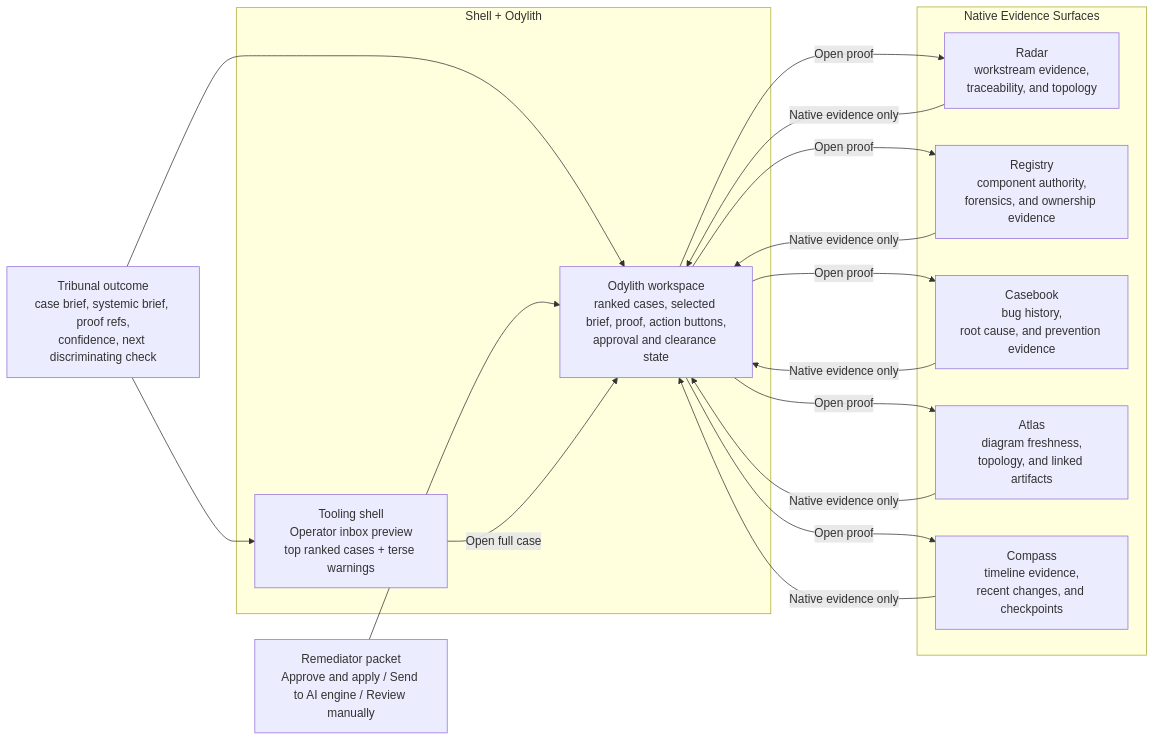
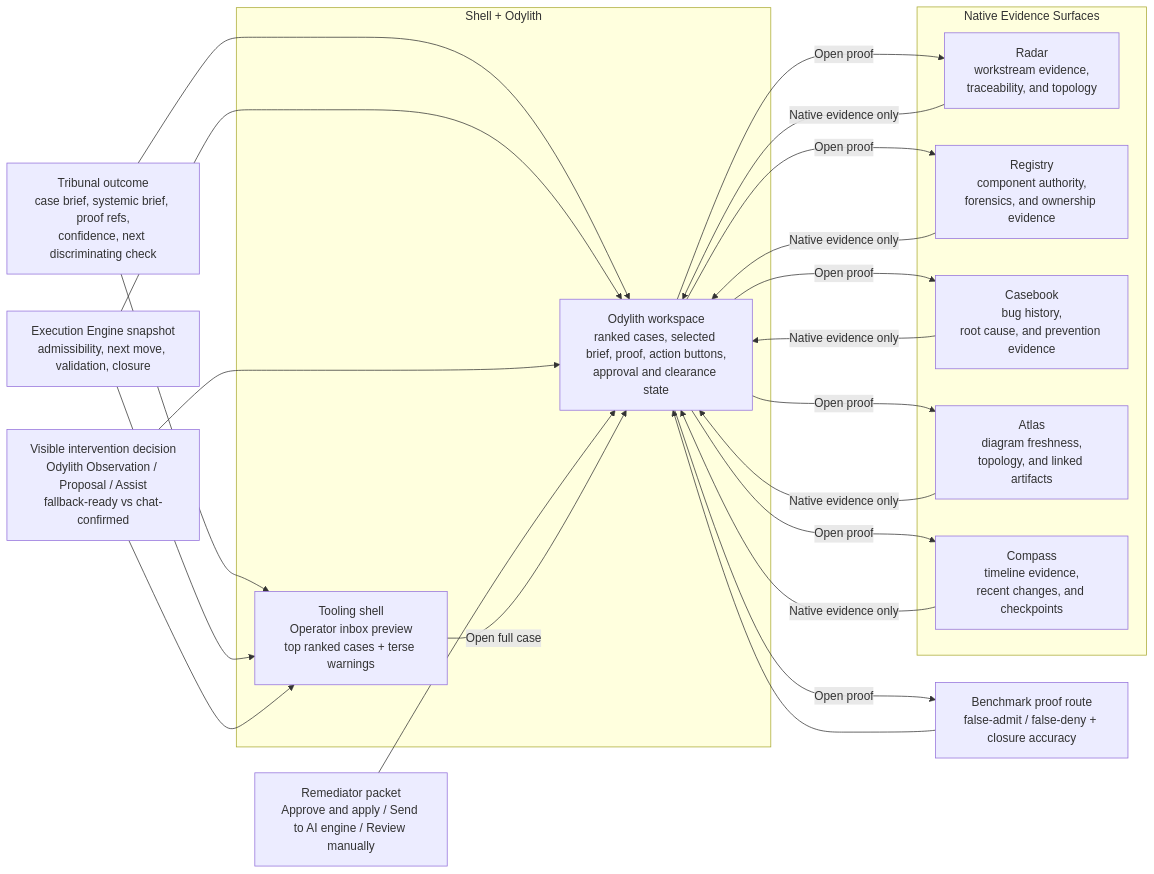
One commit to odylith/odylith changed the diagram in odylith/atlas/source/odylith-operator-inbox-and-evidence-routing.mmd. Above: the diagram before and after it, drawn with Mermaid. The commit also changed 1663 other files, not shown here.

```diff
--- a/odylith/atlas/source/odylith-operator-inbox-and-evidence-routing.mmd
+++ b/odylith/atlas/source/odylith-operator-inbox-and-evidence-routing.mmd
@@ -1,34 +1,43 @@
-%% Reviewed 2026-03-26 for B-001 to keep Odylith product topology and governance diagrams canonical in the public Atlas catalog.
+%% Reviewed 2026-04-17 for v0.1.11 to show operator evidence routing through Tribunal outcomes, Execution Engine snapshots, visible intervention proof, Remediator packets, and benchmark closure checks.
 flowchart LR
   Tribunal["Tribunal outcome<br/>case brief, systemic brief, proof refs,<br/>confidence, next discriminating check"]
+  Execution["Execution Engine snapshot<br/>admissibility, next move, validation, closure"]
+  Visible["Visible intervention decision<br/>Odylith Observation / Proposal / Assist<br/>fallback-ready vs chat-confirmed"]
   Packet["Remediator packet<br/>Approve and apply / Send to AI engine / Review manually"]
+  Benchmark["Benchmark proof route<br/>false-admit / false-deny + closure accuracy"]
 
   subgraph Inbox["Shell + Odylith"]
     Shell["Tooling shell<br/>Operator inbox preview<br/>top ranked cases + terse warnings"]
     Odylith["Odylith workspace<br/>ranked cases, selected brief, proof, action buttons,<br/>approval and clearance state"]
   end
 
   subgraph Evidence["Native Evidence Surfaces"]
     Radar["Radar<br/>workstream evidence,<br/>traceability, and topology"]
     Registry["Registry<br/>component authority,<br/>forensics, and ownership evidence"]
     Casebook["Casebook<br/>bug history,<br/>root cause, and prevention evidence"]
     Atlas["Atlas<br/>diagram freshness,<br/>topology, and linked artifacts"]
     Compass["Compass<br/>timeline evidence,<br/>recent changes, and checkpoints"]
   end
 
   Tribunal --> Shell
   Tribunal --> Odylith
+  Execution --> Shell
+  Execution --> Odylith
+  Visible --> Shell
+  Visible --> Odylith
   Packet --> Odylith
+  Benchmark --> Odylith
 
   Shell -->|Open full case| Odylith
   Odylith -->|Open proof| Radar
   Odylith -->|Open proof| Registry
   Odylith -->|Open proof| Casebook
   Odylith -->|Open proof| Atlas
   Odylith -->|Open proof| Compass
+  Odylith -->|Open proof| Benchmark
 
   Radar -->|Native evidence only| Odylith
   Registry -->|Native evidence only| Odylith
   Casebook -->|Native evidence only| Odylith
   Atlas -->|Native evidence only| Odylith
   Compass -->|Native evidence only| Odylith
```
